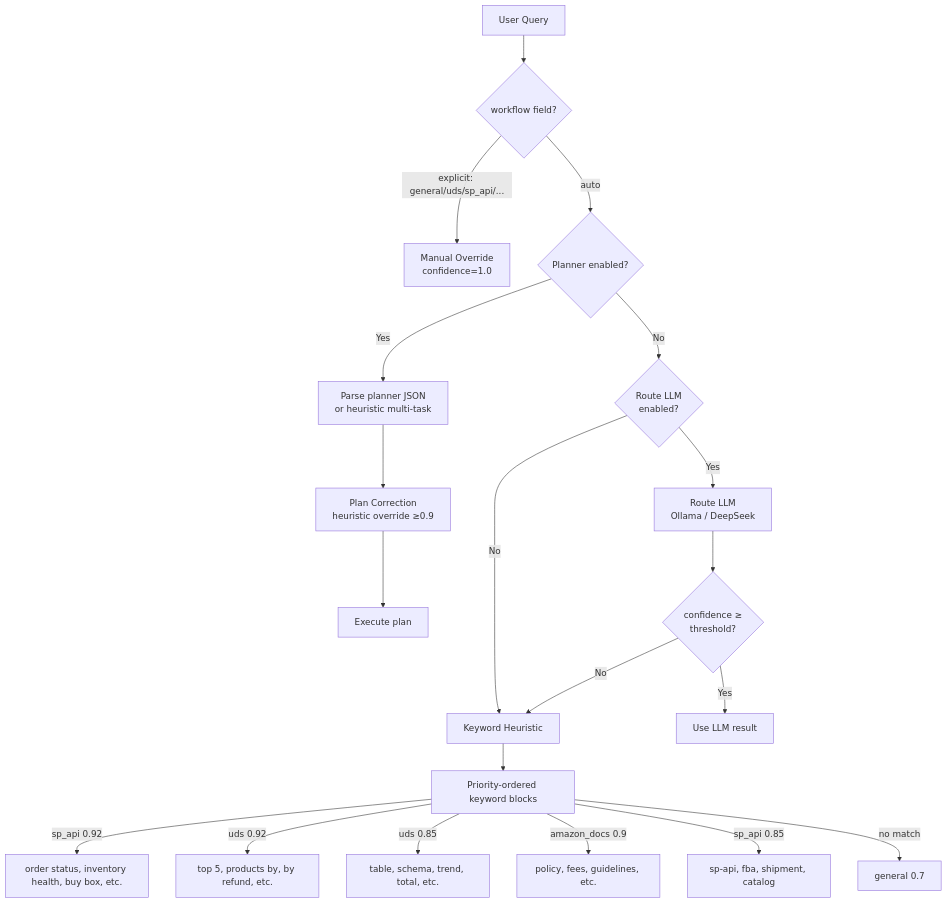
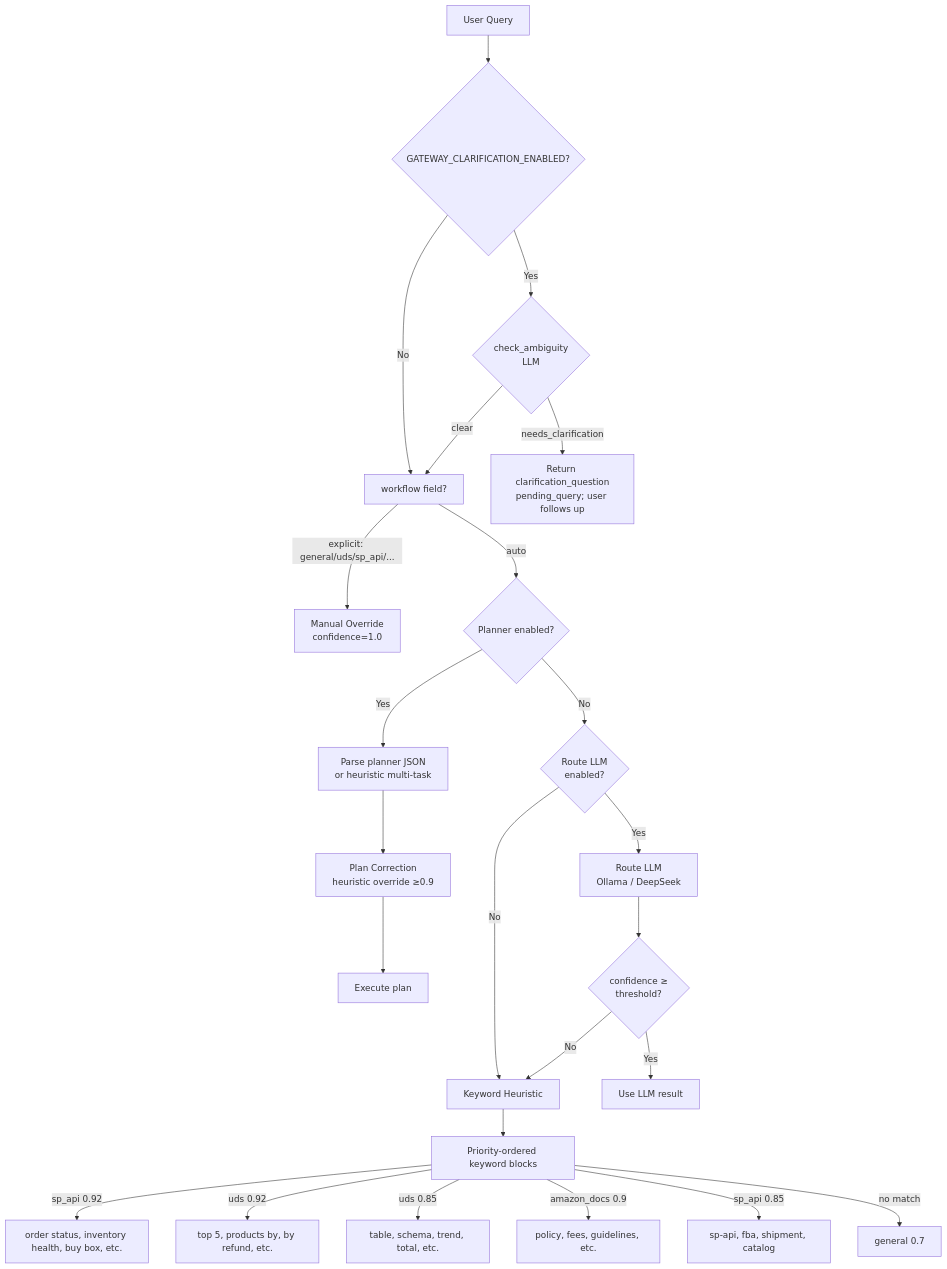
One commit to lenhop/IC-RAG-Agent changed the fifth of 13 diagrams in docs/FRAMEWORK.md. Above: the diagram before and after it, drawn with Mermaid. The commit also changed other lines of this file and 14 other files, not shown here.

First line of the commit message:
feat: add clarification (question user) stage, fix date split, update FRAMEWORK

````diff
--- a/docs/FRAMEWORK.md
+++ b/docs/FRAMEWORK.md
@@ -299,28 +313,32 @@
 ```mermaid
 flowchart TD
-    Q[User Query] --> WF{workflow field?}
+    Q[User Query] --> CLARIFY{GATEWAY_CLARIFICATION_ENABLED?}
+    CLARIFY -->|No| WF
+    CLARIFY -->|Yes| AMBIG{check_ambiguity<br/>LLM}
+    AMBIG -->|needs_clarification| ASK[Return clarification_question<br/>pending_query; user follows up]
+    AMBIG -->|clear| WF
     
-    WF -->|explicit: general/uds/sp_api/...| MANUAL[Manual Override<br/>confidence=1.0]
+    WF[workflow field?] -->|explicit: general/uds/sp_api/...| MANUAL[Manual Override<br/>confidence=1.0]
     WF -->|auto| AUTO{Planner enabled?}
     
     AUTO -->|Yes| PLAN[Parse planner JSON<br/>or heuristic multi-task]
     AUTO -->|No| ROUTE{Route LLM<br/>enabled?}
     
     PLAN --> CORRECT[Plan Correction<br/>heuristic override ≥0.9]
     CORRECT --> EXEC[Execute plan]
     
     ROUTE -->|No| HEUR[Keyword Heuristic]
     ROUTE -->|Yes| LLM[Route LLM<br/>Ollama / DeepSeek]
     
     LLM --> CONF{confidence ≥<br/>threshold?}
     CONF -->|Yes| USE_LLM[Use LLM result]
     CONF -->|No| HEUR
     
     HEUR --> PRIORITY[Priority-ordered keyword blocks]
     PRIORITY -->|sp_api 0.92| SP_H[order status, inventory health, buy box, etc.]
     PRIORITY -->|uds 0.92| UD_H[top 5, products by, by refund, etc.]
     PRIORITY -->|uds 0.85| UD_M[table, schema, trend, total, etc.]
     PRIORITY -->|amazon_docs 0.9| AM[policy, fees, guidelines, etc.]
     PRIORITY -->|sp_api 0.85| SP_M[sp-api, fba, shipment, catalog]
     PRIORITY -->|no match| W1[general 0.7]
 ```
````
